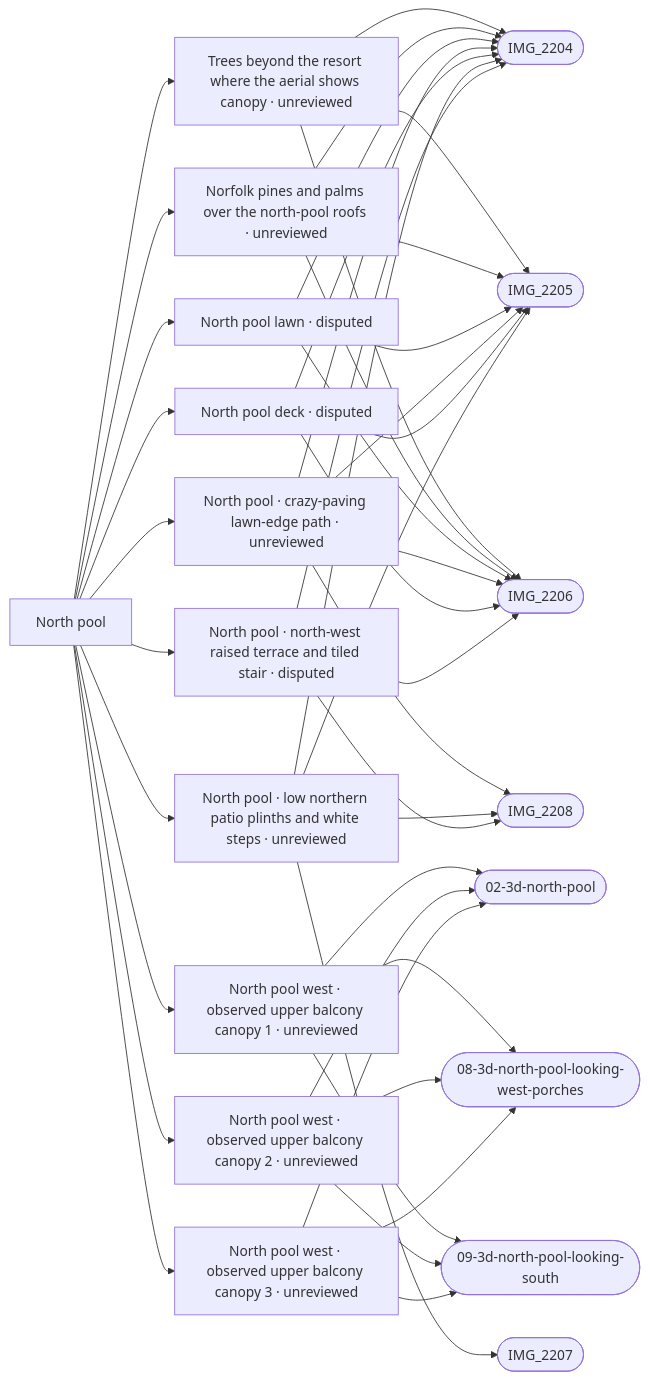
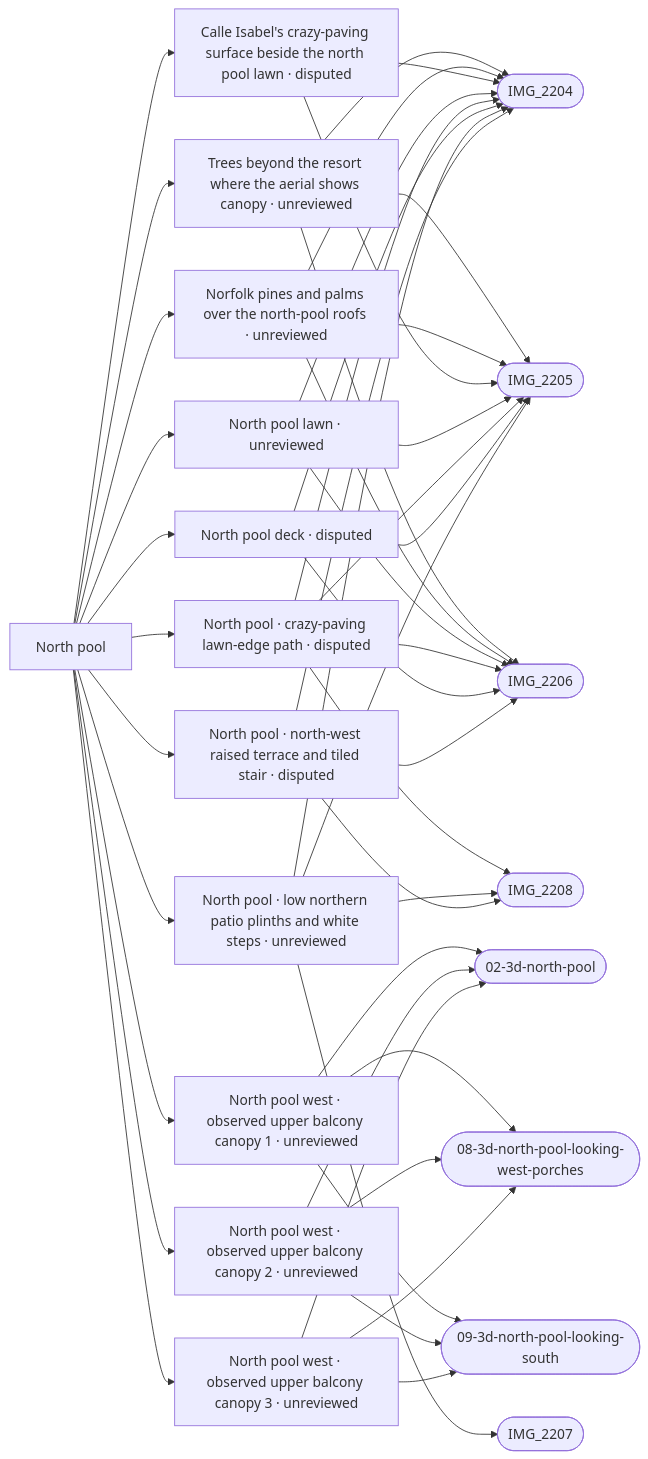
One commit to daveyboyc/villacana-venture changed the diagram in refs/areas/north-pool.md. Above: the diagram before and after it, drawn with Mermaid. The commit also changed other lines of this file and 22 other files, not shown here.

First line of the commit message:
North pool ground plan: west path at the foot of the curved wall, south stretch, Calle Isabel in crazy paving

````diff
--- a/refs/areas/north-pool.md
+++ b/refs/areas/north-pool.md
@@ -62,46 +63,49 @@
 ```mermaid
 graph LR
   A["North pool"]
   A --> F0["Trees beyond the resort where the aerial shows canopy · unreviewed"]
   F0 --> PIMG_2204_jpg(["IMG_2204"])
   F0 --> PIMG_2205_jpg(["IMG_2205"])
   F0 --> PIMG_2206_jpg(["IMG_2206"])
   A --> F1["Norfolk pines and palms over the north-pool roofs · unreviewed"]
   F1 --> PIMG_2204_jpg(["IMG_2204"])
   F1 --> PIMG_2205_jpg(["IMG_2205"])
   F1 --> PIMG_2206_jpg(["IMG_2206"])
-  A --> F2["North pool lawn · disputed"]
+  A --> F2["Calle Isabel's crazy-paving surface beside the north pool lawn · disputed"]
   F2 --> PIMG_2204_jpg(["IMG_2204"])
   F2 --> PIMG_2205_jpg(["IMG_2205"])
-  F2 --> PIMG_2206_jpg(["IMG_2206"])
-  A --> F3["North pool · crazy-paving lawn-edge path · unreviewed"]
+  A --> F3["North pool lawn · unreviewed"]
   F3 --> PIMG_2204_jpg(["IMG_2204"])
   F3 --> PIMG_2205_jpg(["IMG_2205"])
   F3 --> PIMG_2206_jpg(["IMG_2206"])
-  F3 --> PIMG_2208_jpg(["IMG_2208"])
-  A --> F4["North pool west · observed upper balcony canopy 1 · unreviewed"]
-  F4 --> Pref_apple_maps_02_3d_north_pool_png(["02-3d-north-pool"])
-  F4 --> Pref_apple_maps_08_3d_north_pool_looking_west_porches_png(["08-3d-north-pool-looking-west-porches"])
-  F4 --> Pref_apple_maps_09_3d_north_pool_looking_south_png(["09-3d-north-pool-looking-south"])
-  A --> F5["North pool west · observed upper balcony canopy 2 · unreviewed"]
+  A --> F4["North pool · crazy-paving lawn-edge path · disputed"]
+  F4 --> PIMG_2204_jpg(["IMG_2204"])
+  F4 --> PIMG_2205_jpg(["IMG_2205"])
+  F4 --> PIMG_2206_jpg(["IMG_2206"])
+  F4 --> PIMG_2208_jpg(["IMG_2208"])
+  A --> F5["North pool west · observed upper balcony canopy 1 · unreviewed"]
   F5 --> Pref_apple_maps_02_3d_north_pool_png(["02-3d-north-pool"])
   F5 --> Pref_apple_maps_08_3d_north_pool_looking_west_porches_png(["08-3d-north-pool-looking-west-porches"])
   F5 --> Pref_apple_maps_09_3d_north_pool_looking_south_png(["09-3d-north-pool-looking-south"])
-  A --> F6["North pool west · observed upper balcony canopy 3 · unreviewed"]
+  A --> F6["North pool west · observed upper balcony canopy 2 · unreviewed"]
   F6 --> Pref_apple_maps_02_3d_north_pool_png(["02-3d-north-pool"])
   F6 --> Pref_apple_maps_08_3d_north_pool_looking_west_porches_png(["08-3d-north-pool-looking-west-porches"])
   F6 --> Pref_apple_maps_09_3d_north_pool_looking_south_png(["09-3d-north-pool-looking-south"])
-  A --> F7["North pool deck · disputed"]
-  F7 --> PIMG_2204_jpg(["IMG_2204"])
-  F7 --> PIMG_2205_jpg(["IMG_2205"])
-  F7 --> PIMG_2206_jpg(["IMG_2206"])
-  A --> F8["North pool · low northern patio plinths and white steps · unreviewed"]
+  A --> F7["North pool west · observed upper balcony canopy 3 · unreviewed"]
+  F7 --> Pref_apple_maps_02_3d_north_pool_png(["02-3d-north-pool"])
+  F7 --> Pref_apple_maps_08_3d_north_pool_looking_west_porches_png(["08-3d-north-pool-looking-west-porches"])
+  F7 --> Pref_apple_maps_09_3d_north_pool_looking_south_png(["09-3d-north-pool-looking-south"])
+  A --> F8["North pool deck · disputed"]
   F8 --> PIMG_2204_jpg(["IMG_2204"])
   F8 --> PIMG_2205_jpg(["IMG_2205"])
-  F8 --> PIMG_2207_jpg(["IMG_2207"])
-  F8 --> PIMG_2208_jpg(["IMG_2208"])
-  A --> F9["North pool · north-west raised terrace and tiled stair · disputed"]
+  F8 --> PIMG_2206_jpg(["IMG_2206"])
+  A --> F9["North pool · low northern patio plinths and white steps · unreviewed"]
   F9 --> PIMG_2204_jpg(["IMG_2204"])
-  F9 --> PIMG_2206_jpg(["IMG_2206"])
+  F9 --> PIMG_2205_jpg(["IMG_2205"])
+  F9 --> PIMG_2207_jpg(["IMG_2207"])
   F9 --> PIMG_2208_jpg(["IMG_2208"])
+  A --> F10["North pool · north-west raised terrace and tiled stair · disputed"]
+  F10 --> PIMG_2204_jpg(["IMG_2204"])
+  F10 --> PIMG_2206_jpg(["IMG_2206"])
+  F10 --> PIMG_2208_jpg(["IMG_2208"])
 ```
````
